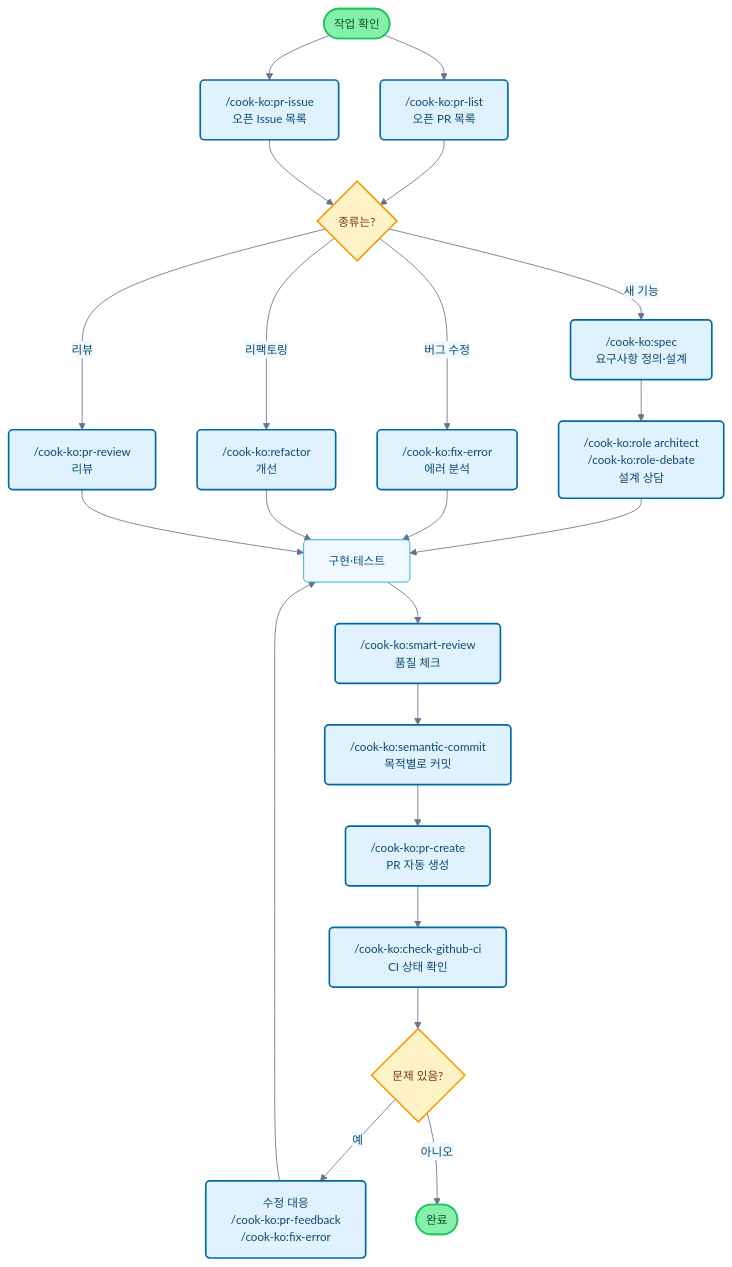
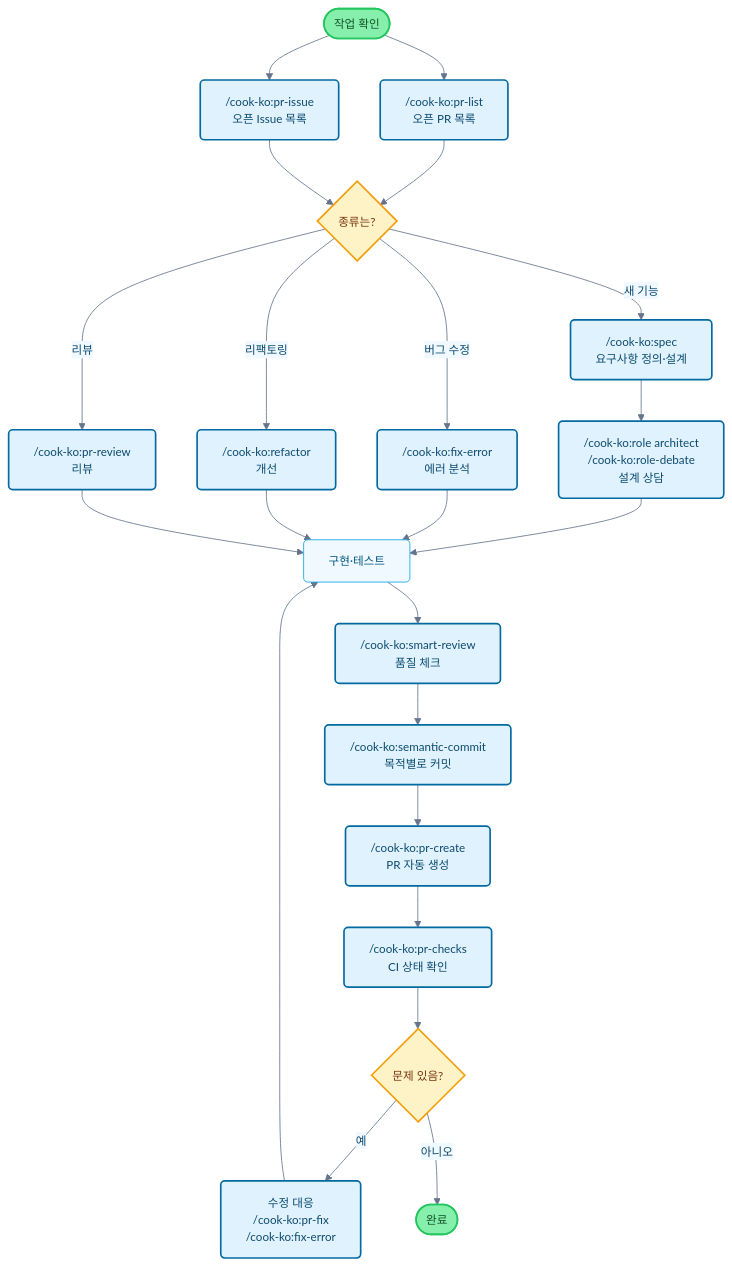
The diagram in plugins/ko/README.md (wasabeef/claude-code-cookbook), drawn with Mermaid before and after one commit. The commit also changed other lines of this file and 337 other files, not shown here.

````diff
--- a/plugins/ko/README.md
+++ b/plugins/ko/README.md
@@ -115,42 +115,42 @@
 ```mermaid
 flowchart TB
     Start([작업 확인]) --> PRList["/cook-ko:pr-list<br/>오픈 PR 목록"]
     Start --> PRIssue["/cook-ko:pr-issue<br/>오픈 Issue 목록"]
 
     PRList --> TaskType{종류는?}
     PRIssue --> TaskType
 
     TaskType -->|새 기능| Plan["/cook-ko:spec<br/>요구사항 정의·설계"]
     TaskType -->|버그 수정| Fix["/cook-ko:fix-error<br/>에러 분석"]
     TaskType -->|리팩토링| Refactor["/cook-ko:refactor<br/>개선"]
     TaskType -->|리뷰| Review["/cook-ko:pr-review<br/>리뷰"]
 
     Plan --> Design["/cook-ko:role architect<br/>/cook-ko:role-debate<br/>설계 상담"]
     Design --> Implementation[구현·테스트]
     Fix --> Implementation
     Refactor --> Implementation
     Review --> Implementation
 
     Implementation --> Check["/cook-ko:smart-review<br/>품질 체크"]
     Check --> Commit["/cook-ko:semantic-commit<br/>목적별로 커밋"]
     Commit --> PR["/cook-ko:pr-create<br/>PR 자동 생성"]
-    PR --> CI["/cook-ko:check-github-ci<br/>CI 상태 확인"]
+    PR --> CI["/cook-ko:pr-checks<br/>CI 상태 확인"]
 
     CI --> Status{문제 있음?}
-    Status -->|예| Feedback["수정 대응<br/>/cook-ko:pr-feedback<br/>/cook-ko:fix-error"]
+    Status -->|예| Feedback["수정 대응<br/>/cook-ko:pr-fix<br/>/cook-ko:fix-error"]
     Status -->|아니오| End([완료])
 
     Feedback --> Implementation
 
     classDef commandBox fill:#e0f2fe,stroke:#0369a1,stroke-width:2px,rx:5,ry:5,color:#0c4a6e
     classDef processBox fill:#f0f9ff,stroke:#0ea5e9,stroke-width:1px,rx:5,ry:5,color:#075985
     classDef decisionBox fill:#fef3c7,stroke:#f59e0b,stroke-width:2px,rx:5,ry:5,color:#78350f
     classDef startEnd fill:#86efac,stroke:#22c55e,stroke-width:2px,rx:20,ry:20,color:#14532d
 
     class PRList,PRIssue,Plan,Fix,Refactor,Review,Design,Check,CI,Commit,PR,Feedback commandBox
     class Implementation processBox
     class TaskType,Status decisionBox
     class Start,End startEnd
 
     %%{init: {'theme':'base', 'themeVariables': { 'primaryColor':'#e0f2fe', 'primaryTextColor':'#0c4a6e', 'primaryBorderColor':'#0369a1', 'lineColor':'#64748b', 'secondaryColor':'#f0f9ff', 'background':'#ffffff', 'mainBkg':'#ffffff', 'fontSize': '14px'}}}%%
 ```
````
